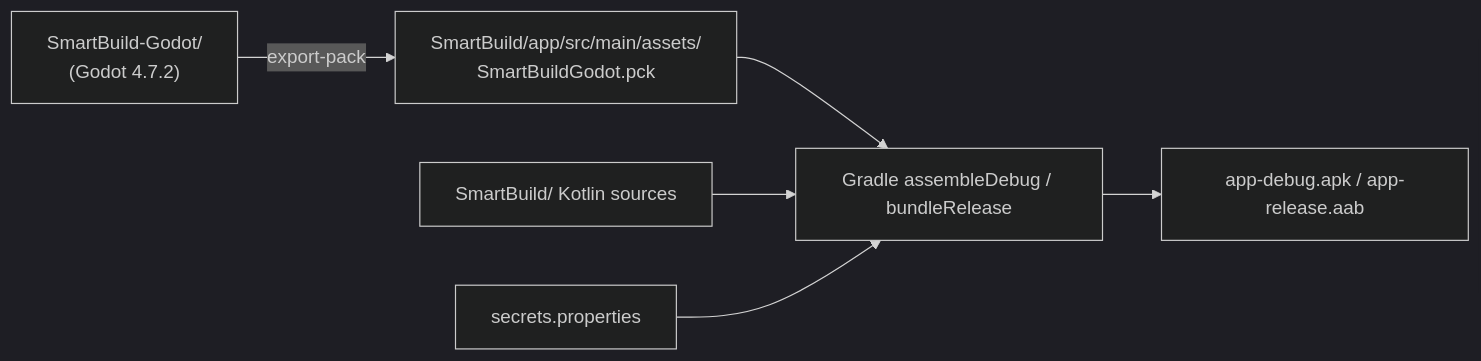
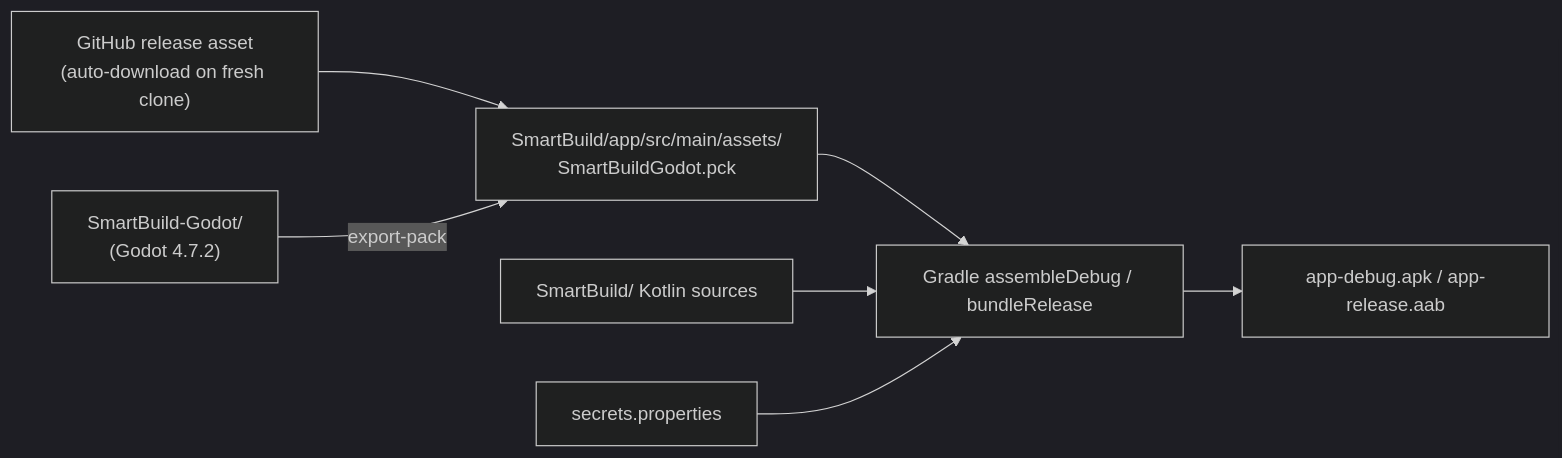
Before and after one commit to KodeByKarl/SmartBuild: the diagram in docs/SETUP_AND_BUILD.md, drawn with Mermaid (dark theme). The commit also changed other lines of this file and 5 other files, not shown here.

First line of the commit message:
Download the Godot content pack automatically on a fresh clone.

````diff
--- a/docs/SETUP_AND_BUILD.md
+++ b/docs/SETUP_AND_BUILD.md
@@ -13,8 +16,9 @@
 ```mermaid
 flowchart LR
+  R["GitHub release asset<br/>(auto-download on fresh clone)"] --> P
   G["SmartBuild-Godot/<br/>(Godot 4.7.2)"] -->|export-pack| P["SmartBuild/app/src/main/assets/<br/>SmartBuildGodot.pck"]
   P --> A["Gradle assembleDebug / bundleRelease"]
   K["SmartBuild/ Kotlin sources"] --> A
   S["secrets.properties"] --> A
   A --> APK["app-debug.apk / app-release.aab"]
 ```
````
